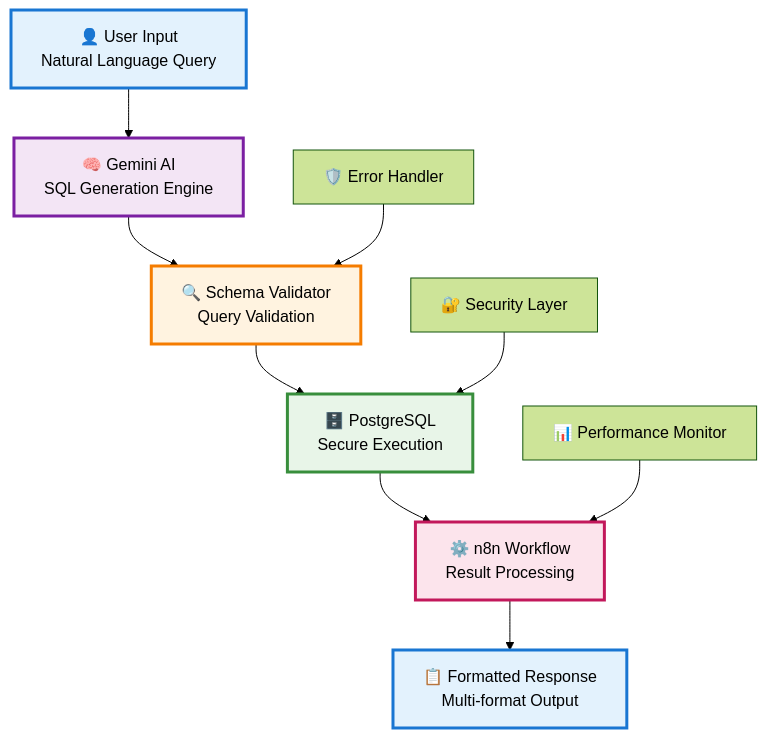
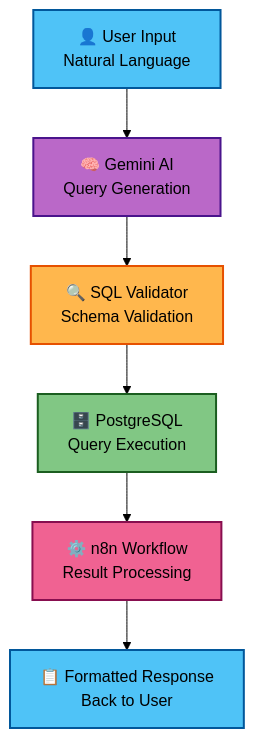
One commit to KushagraSaxena19/SQL-Agent-Project changed the diagram in README.md. Above: the diagram before and after it, drawn with Mermaid (forest theme). The commit also changed other lines of this file, not shown here.

````diff
--- a/README.md
+++ b/README.md
@@ -52,19 +33,15 @@
 ```mermaid
 graph TD
-    A[👤 User Input<br/>Natural Language Query] --> B[🧠 Gemini AI<br/>SQL Generation Engine]
-    B --> C[🔍 Schema Validator<br/>Query Validation]
-    C --> D[🗄️ PostgreSQL<br/>Secure Execution]
+    A[👤 User Input<br/>Natural Language] --> B[🧠 Gemini AI<br/>Query Generation]
+    B --> C[🔍 SQL Validator<br/>Schema Validation]
+    C --> D[🗄️ PostgreSQL<br/>Query Execution]
     D --> E[⚙️ n8n Workflow<br/>Result Processing]
-    E --> F[📋 Formatted Response<br/>Multi-format Output]
+    E --> F[📋 Formatted Response<br/>Back to User]
     
-    G[🛡️ Error Handler] --> C
-    H[📊 Performance Monitor] --> E
-    I[🔐 Security Layer] --> D
-    
-    style A fill:#e3f2fd,stroke:#1976d2,stroke-width:3px,color:#000
-    style B fill:#f3e5f5,stroke:#7b1fa2,stroke-width:3px,color:#000
-    style C fill:#fff3e0,stroke:#f57c00,stroke-width:3px,color:#000
-    style D fill:#e8f5e8,stroke:#388e3c,stroke-width:3px,color:#000
-    style E fill:#fce4ec,stroke:#c2185b,stroke-width:3px,color:#000
-    style F fill:#e3f2fd,stroke:#1976d2,stroke-width:3px,color:#000
+    style A fill:#4fc3f7,stroke:#01579b,stroke-width:2px,color:#000
+    style B fill:#ba68c8,stroke:#4a148c,stroke-width:2px,color:#000
+    style C fill:#ffb74d,stroke:#e65100,stroke-width:2px,color:#000
+    style D fill:#81c784,stroke:#1b5e20,stroke-width:2px,color:#000
+    style E fill:#f06292,stroke:#880e4f,stroke-width:2px,color:#000
+    style F fill:#4fc3f7,stroke:#01579b,stroke-width:2px,color:#000
 ```
````
